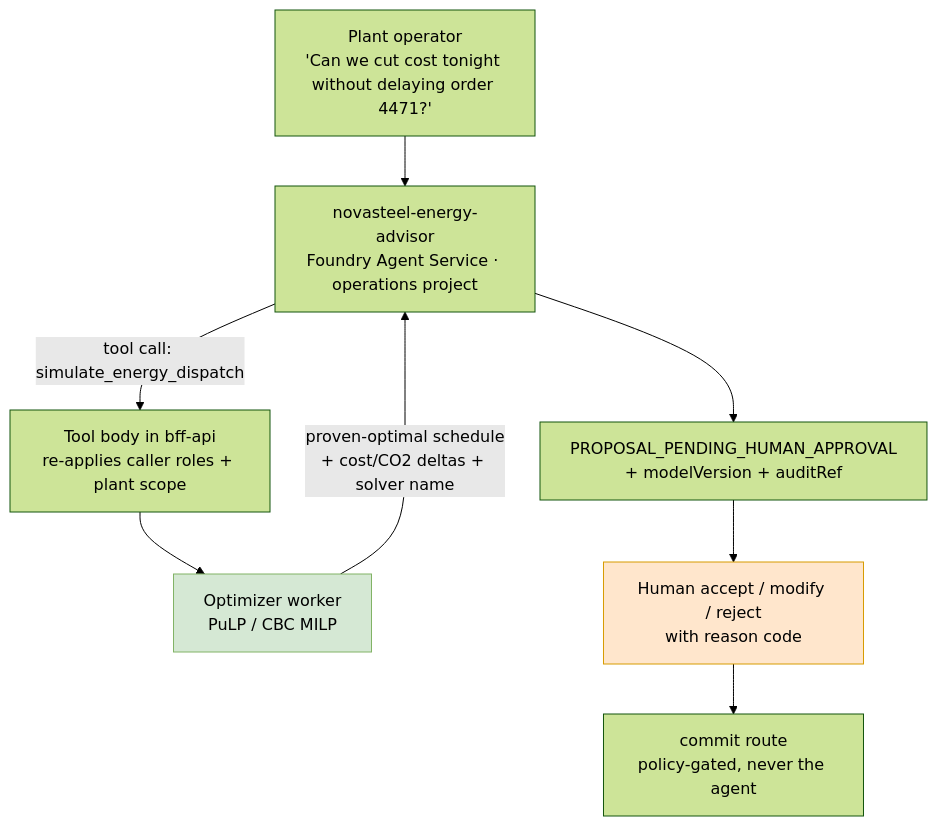
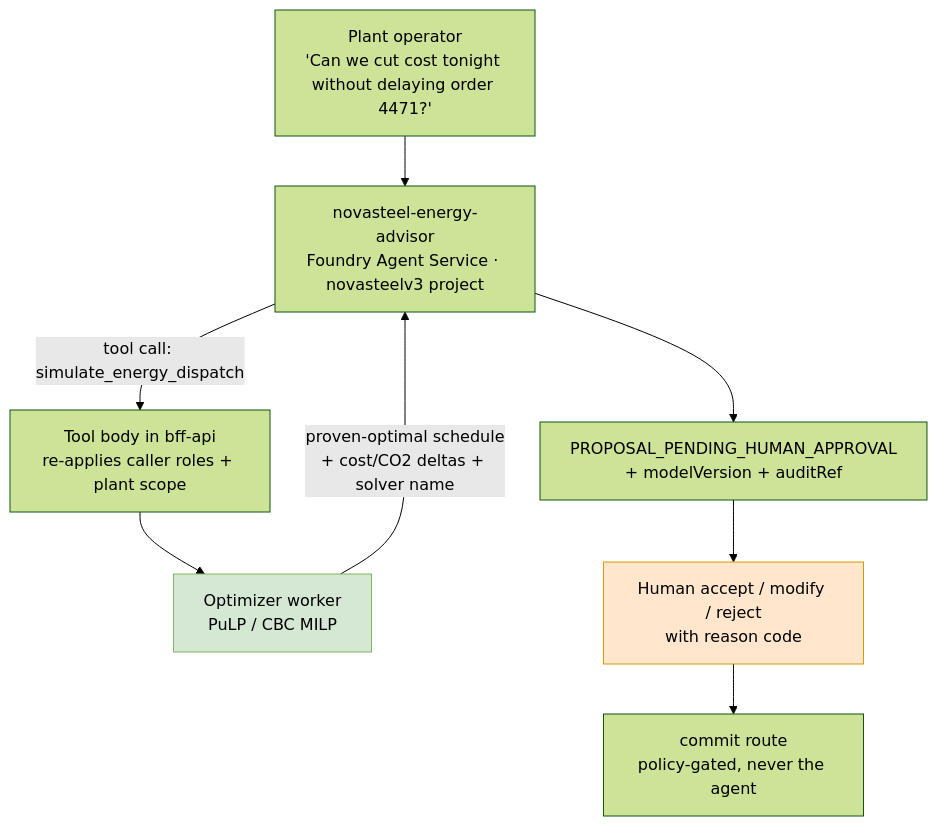
The second of 3 diagrams in docs/architecture/0_energy_dispatch/MILP_PuLP_CBC.md (frkim/NovaSteel3), drawn with Mermaid (forest theme) before and after one commit. The commit also changed other lines of this file and 22 other files, not shown here.

````diff
--- a/docs/architecture/0_energy_dispatch/MILP_PuLP_CBC.md
+++ b/docs/architecture/0_energy_dispatch/MILP_PuLP_CBC.md
@@ -135,12 +135,12 @@
 ```mermaid
 flowchart TD
-  U["Plant operator<br/>'Can we cut cost tonight without delaying order 4471?'"] --> A["novasteel-energy-advisor<br/>Foundry Agent Service · operations project"]
+  U["Plant operator<br/>'Can we cut cost tonight without delaying order 4471?'"] --> A["novasteel-energy-advisor<br/>Foundry Agent Service · novasteelv3 project"]
   A -->|"tool call: simulate_energy_dispatch"| T["Tool body in bff-api<br/>re-applies caller roles + plant scope"]
   T --> O["Optimizer worker<br/>PuLP / CBC MILP"]
   O -->|"proven-optimal schedule<br/>+ cost/CO2 deltas + solver name"| A
   A --> R["PROPOSAL_PENDING_HUMAN_APPROVAL<br/>+ modelVersion + auditRef"]
   R --> H["Human accept / modify / reject<br/>with reason code"]
   H --> M["commit route<br/>policy-gated, never the agent"]
   style O fill:#d5e8d4,stroke:#82b366
   style H fill:#ffe6cc,stroke:#d79b00
 ```
````
